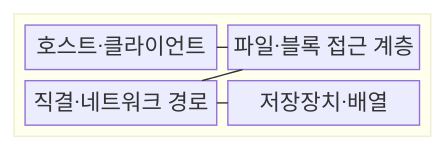
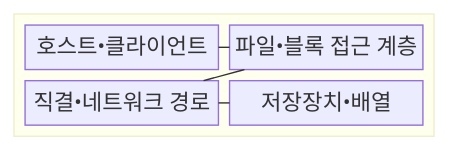
One commit to agnusdei1207/knowledge-base changed the first of 2 diagrams in src/content/docs/notes/02-hardware/080_storage_das_nas_san.md. Above: the diagram before and after it, drawn with Mermaid. The commit also changed other lines of this file and 953 other files, not shown here.

````diff
--- a/src/content/docs/notes/02-hardware/080_storage_das_nas_san.md
+++ b/src/content/docs/notes/02-hardware/080_storage_das_nas_san.md
@@ -69,14 +69,14 @@
 ```mermaid
 block
   columns 1
   block:STORAGE
     columns 2
-    A["호스트·클라이언트"]
-    B["파일·블록 접근 계층"]
-    C["직결·네트워크 경로"]
-    D["저장장치·배열"]
+    A["호스트•클라이언트"]
+    B["파일•블록 접근 계층"]
+    C["직결•네트워크 경로"]
+    D["저장장치•배열"]
   end
   A --- B
   B --- C
   C --- D
 ```
````
